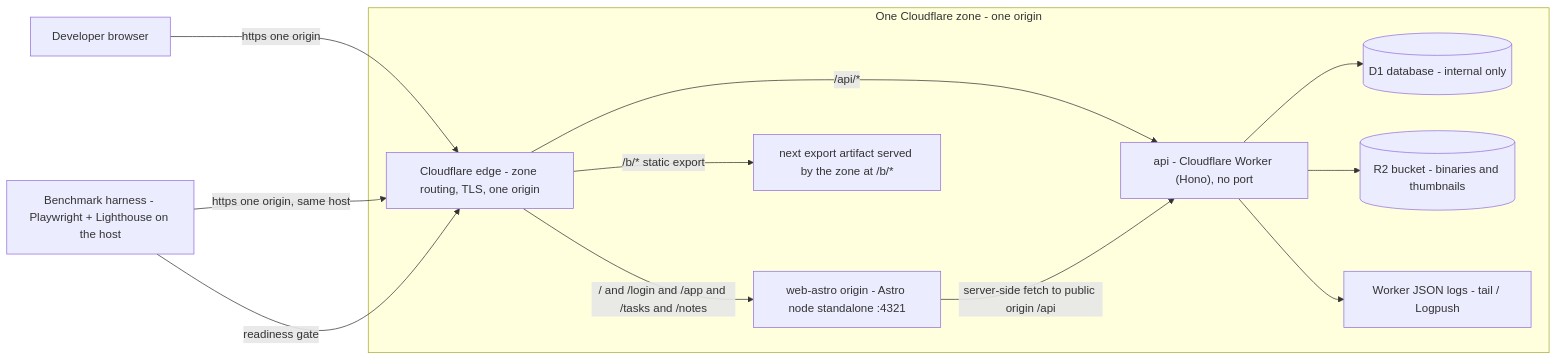
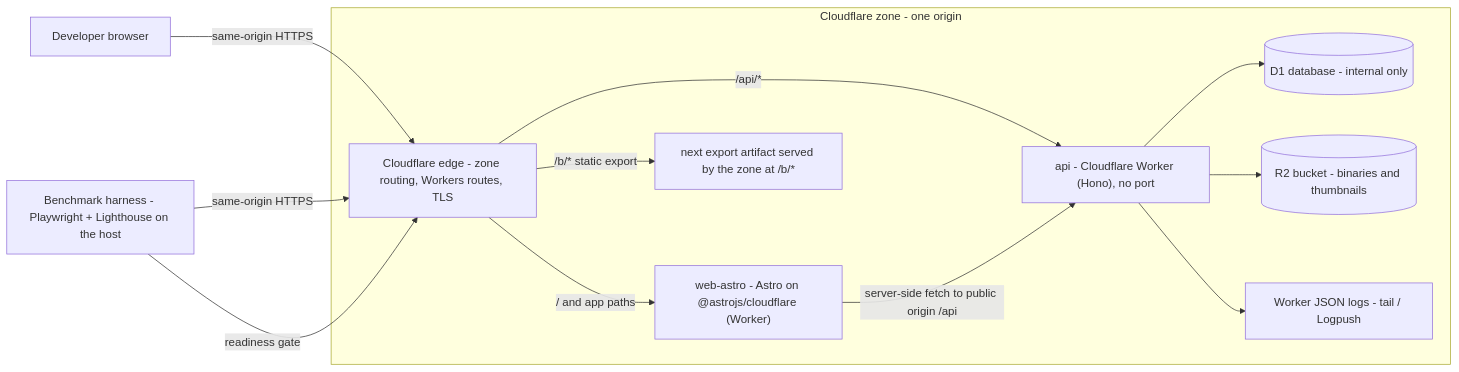
One commit to mhiqrambg/rweb-task-management changed the eighth of 8 diagrams in .planning/03-system-architecture.md. Above: the diagram before and after it, drawn with Mermaid. The commit also changed other lines of this file and 11 other files, not shown here.

First line of the commit message:
feat(web-astro): run Astro SSR on Cloudflare Workers, free tier only

````diff
--- a/.planning/03-system-architecture.md
+++ b/.planning/03-system-architecture.md
@@ -468,24 +477,24 @@
 ```mermaid
 flowchart LR
   Harness["Benchmark harness - Playwright + Lighthouse on the host"]
   Dev["Developer browser"]
-  subgraph Edge["One Cloudflare zone - one origin"]
-    Proxy["Cloudflare edge - zone routing, TLS, one origin"]
-    AstroC["web-astro origin - Astro node standalone :4321"]
+  subgraph Edge["Cloudflare zone - one origin"]
+    CFRoute["Cloudflare edge - zone routing, Workers routes, TLS"]
+    AstroC["web-astro - Astro on @astrojs/cloudflare (Worker)"]
     ApiC["api - Cloudflare Worker (Hono), no port"]
     DbC[("D1 database - internal only")]
     StaticB["next export artifact served by the zone at /b/*"]
     Vol[("R2 bucket - binaries and thumbnails")]
     Logs["Worker JSON logs - tail / Logpush"]
   end
-  Dev -->|"https one origin"| Proxy
-  Harness -->|"https one origin, same host"| Proxy
-  Harness -->|"readiness gate"| Proxy
-  Proxy -->|"/ and /login and /app and /tasks and /notes"| AstroC
-  Proxy -->|"/b/* static export"| StaticB
-  Proxy -->|"/api/*"| ApiC
+  Dev -->|"same-origin HTTPS"| CFRoute
+  Harness -->|"same-origin HTTPS"| CFRoute
+  Harness -->|"readiness gate"| CFRoute
+  CFRoute -->|"/ and app paths"| AstroC
+  CFRoute -->|"/b/* static export"| StaticB
+  CFRoute -->|"/api/*"| ApiC
   ApiC --> DbC
   ApiC --> Vol
   AstroC -->|"server-side fetch to public origin /api"| ApiC
   ApiC --> Logs
 ```
````
